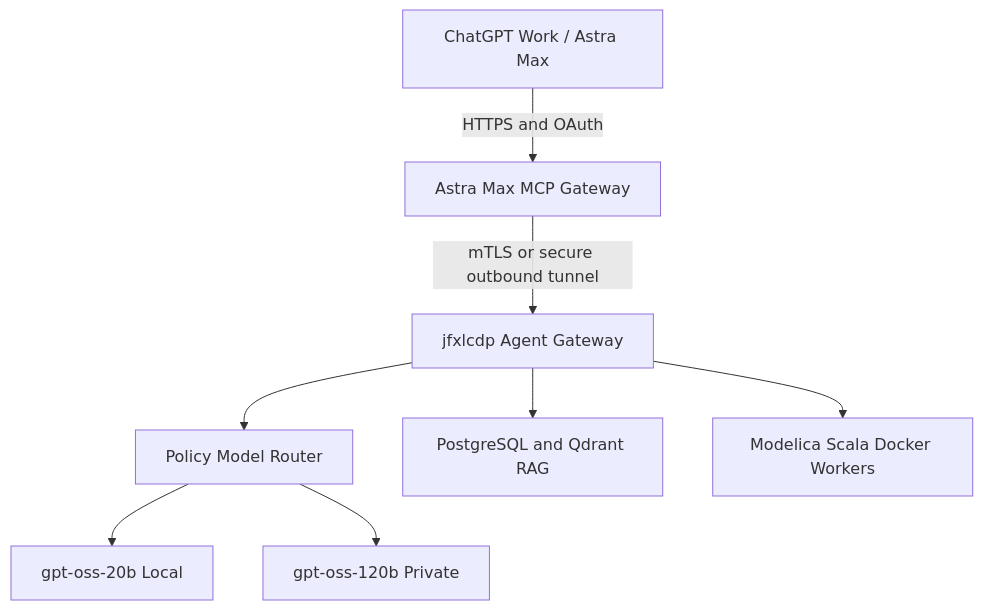
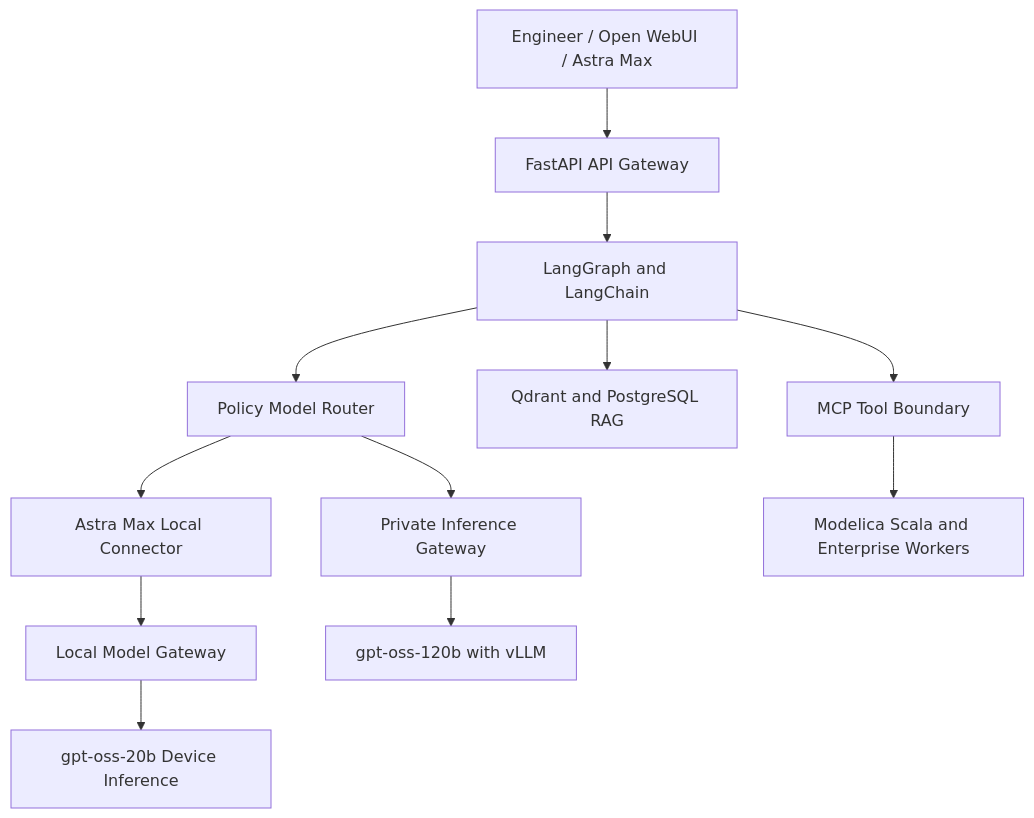
One commit to robotics-intelligent-systems/jfxlcdp changed the first of 2 diagrams in README.md. Above: the diagram before and after it, drawn with Mermaid. The commit also changed other lines of this file, not shown here.

Commit message:
[fix] Refactoring the consolidated description with the expanded local architecture.

````diff
--- a/README.md
+++ b/README.md
@@ -53,10 +544,14 @@
 ```mermaid
 flowchart TD
-    A[ChatGPT Work / Astra Max] -->|HTTPS and OAuth| B[Astra Max MCP Gateway]
-    B -->|mTLS or secure outbound tunnel| C[jfxlcdp Agent Gateway]
-    C --> D[Policy Model Router]
-    D --> E[gpt-oss-20b Local]
-    D --> F[gpt-oss-120b Private]
-    C --> G[PostgreSQL and Qdrant RAG]
-    C --> H[Modelica Scala Docker Workers]
+    A[Engineer / Open WebUI / Astra Max] --> B[FastAPI API Gateway]
+    B --> C[LangGraph and LangChain]
+    C --> D[MCP Tool Boundary]
+    C --> E[Qdrant and PostgreSQL RAG]
+    C --> F[Policy Model Router]
+    F --> G[Astra Max Local Connector]
+    G --> H[Local Model Gateway]
+    H --> I[gpt-oss-20b Device Inference]
+    F --> J[Private Inference Gateway]
+    J --> K[gpt-oss-120b with vLLM]
+    D --> L[Modelica Scala and Enterprise Workers]
 ```
````
